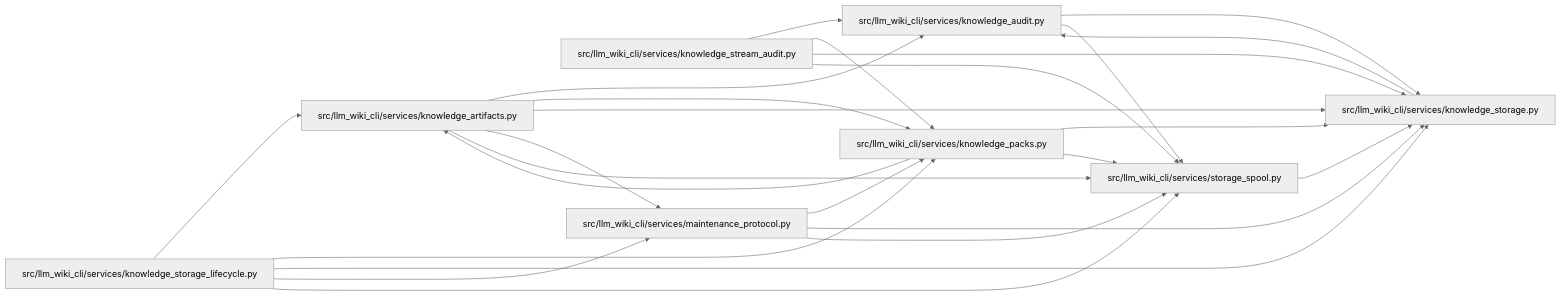
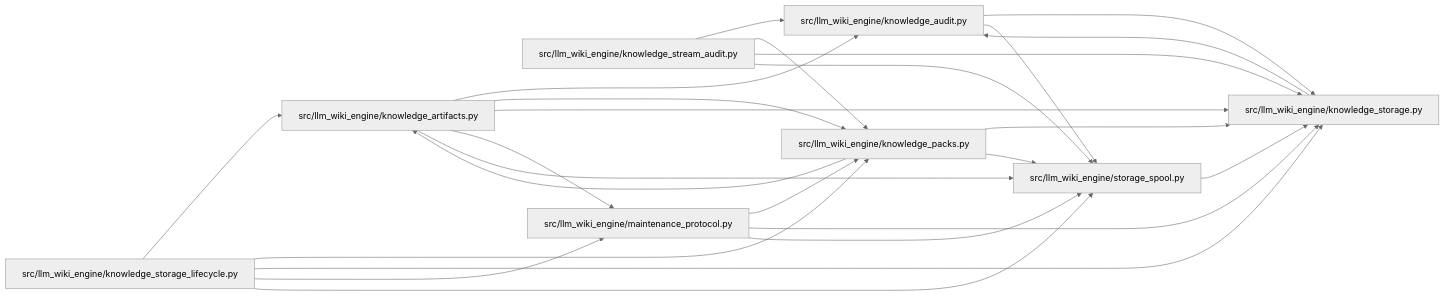
One commit to Denissvgn/python-wiki-llm changed the diagram in docs/llm_wiki/modules/storage_spool.md. Above: the diagram before and after it, drawn with Mermaid (neutral theme). The commit also changed other lines of this file and 1058 other files, not shown here.

First line of the commit message:
docs: refresh the wiki for the knowledge store move

````diff
--- a/docs/llm_wiki/modules/storage_spool.md
+++ b/docs/llm_wiki/modules/storage_spool.md
@@ -27,43 +27,43 @@
 ```mermaid
 flowchart LR
-    n0["src/llm_wiki_cli/services/knowledge_artifacts.py"]
-    n1["src/llm_wiki_cli/services/knowledge_audit.py"]
-    n2["src/llm_wiki_cli/services/knowledge_packs.py"]
-    n3["src/llm_wiki_cli/services/knowledge_storage.py"]
-    n4["src/llm_wiki_cli/services/knowledge_storage_lifecycle.py"]
-    n5["src/llm_wiki_cli/services/knowledge_stream_audit.py"]
-    n6["src/llm_wiki_cli/services/maintenance_protocol.py"]
-    n7["src/llm_wiki_cli/services/storage_spool.py"]
+    n0["src/llm_wiki_engine/knowledge_artifacts.py"]
+    n1["src/llm_wiki_engine/knowledge_audit.py"]
+    n2["src/llm_wiki_engine/knowledge_packs.py"]
+    n3["src/llm_wiki_engine/knowledge_storage.py"]
+    n4["src/llm_wiki_engine/knowledge_storage_lifecycle.py"]
+    n5["src/llm_wiki_engine/knowledge_stream_audit.py"]
+    n6["src/llm_wiki_engine/maintenance_protocol.py"]
+    n7["src/llm_wiki_engine/storage_spool.py"]
     n0 --> n1
     n0 --> n2
     n0 --> n3
     n0 --> n6
     n0 --> n7
     n1 --> n3
     n1 --> n7
     n2 --> n0
     n2 --> n3
     n2 --> n7
     n3 --> n1
     n4 --> n0
     n4 --> n2
     n4 --> n3
     n4 --> n6
     n4 --> n7
     n5 --> n1
     n5 --> n2
     n5 --> n3
     n5 --> n7
     n6 --> n2
     n6 --> n3
     n6 --> n7
     n7 --> n3
     click n0 "../modules/knowledge_artifacts.md"
     click n1 "../modules/knowledge_audit.md"
     click n2 "../modules/knowledge_packs.md"
     click n3 "../modules/knowledge_storage.md"
     click n4 "../modules/knowledge_storage_lifecycle.md"
     click n5 "../modules/knowledge_stream_audit.md"
     click n6 "../modules/maintenance_protocol.md"
     click n7 "../modules/storage_spool.md"
 ```
````
